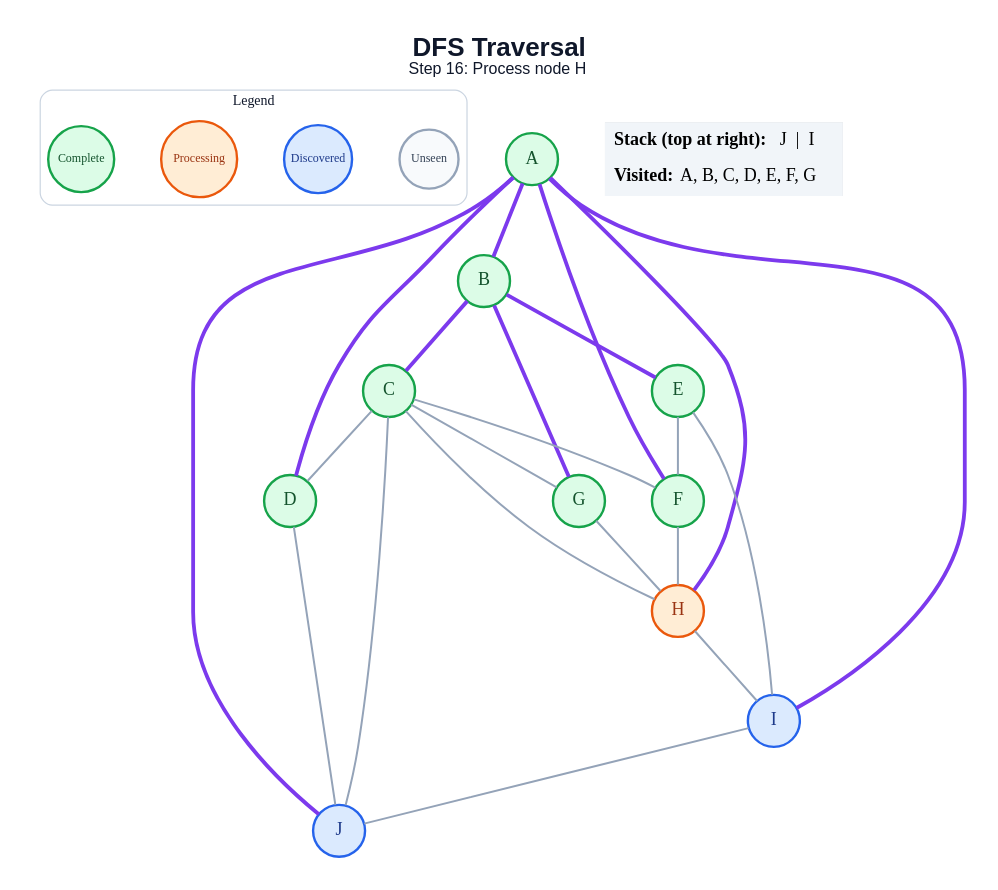
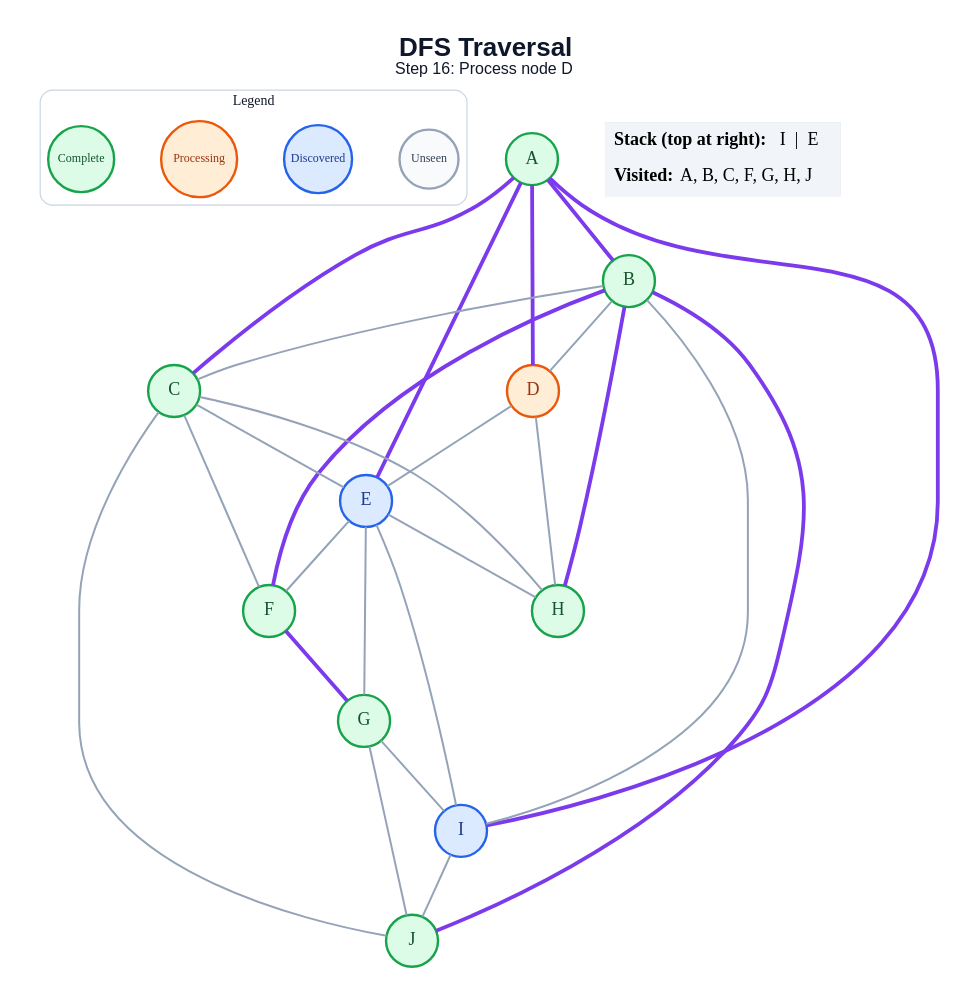
Before and after one commit to anon7238593-create/ai-slop: the diagram in generated/dfs/step_16.dot, drawn with Graphviz. The commit also changed 178 other files, not shown here.

```diff
--- a/generated/dfs/step_16.dot
+++ b/generated/dfs/step_16.dot
@@ -1,50 +1,54 @@
 graph traversal {
   graph [layout=dot, rankdir=TB, bgcolor="#FFFFFF", pad="0.35", nodesep="0.65", ranksep="0.8", fontname="Arial"];
   node [shape=circle, style="filled", fontname="Arial Bold", fontsize=18, width=0.72, fixedsize=true, penwidth=2.4];
   edge [color="#94A3B8", penwidth=2.0];
-  label=<<B>DFS Traversal</B><BR/><FONT POINT-SIZE="16">Step 16: Process node H</FONT>>; labelloc="t"; fontsize=26; fontname="Arial"; fontcolor="#0F172A";
+  label=<<B>DFS Traversal</B><BR/><FONT POINT-SIZE="16">Step 16: Process node D</FONT>>; labelloc="t"; fontsize=26; fontname="Arial"; fontcolor="#0F172A";
   subgraph cluster_legend { label="Legend"; color="#CBD5E1"; penwidth=1.2; style="rounded"; fontsize=14; fontname="Arial Bold";
     key_unseen [label="Unseen", fillcolor="#F8FAFC", color="#94A3B8", fontcolor="#334155", fontsize=12, width=0.82];
     key_frontier [label="Discovered", fillcolor="#DBEAFE", color="#2563EB", fontcolor="#1E3A8A", fontsize=12, width=0.95];
     key_current [label="Processing", fillcolor="#FFEDD5", color="#EA580C", fontcolor="#9A3412", fontsize=12, width=1.05];
     key_done [label="Complete", fillcolor="#DCFCE7", color="#16A34A", fontcolor="#14532D", fontsize=12, width=0.92];
     { rank=same; key_unseen; key_frontier; key_current; key_done; }
   }
   A [fillcolor="#DCFCE7", color="#16A34A", fontcolor="#14532D"];
   B [fillcolor="#DCFCE7", color="#16A34A", fontcolor="#14532D"];
   C [fillcolor="#DCFCE7", color="#16A34A", fontcolor="#14532D"];
-  D [fillcolor="#DCFCE7", color="#16A34A", fontcolor="#14532D"];
-  E [fillcolor="#DCFCE7", color="#16A34A", fontcolor="#14532D"];
+  D [fillcolor="#FFEDD5", color="#EA580C", fontcolor="#9A3412"];
+  E [fillcolor="#DBEAFE", color="#2563EB", fontcolor="#1E3A8A"];
   F [fillcolor="#DCFCE7", color="#16A34A", fontcolor="#14532D"];
   G [fillcolor="#DCFCE7", color="#16A34A", fontcolor="#14532D"];
-  H [fillcolor="#FFEDD5", color="#EA580C", fontcolor="#9A3412"];
+  H [fillcolor="#DCFCE7", color="#16A34A", fontcolor="#14532D"];
   I [fillcolor="#DBEAFE", color="#2563EB", fontcolor="#1E3A8A"];
-  J [fillcolor="#DBEAFE", color="#2563EB", fontcolor="#1E3A8A"];
+  J [fillcolor="#DCFCE7", color="#16A34A", fontcolor="#14532D"];
   A -- B [color="#7C3AED", penwidth=3.8];
+  A -- C [color="#7C3AED", penwidth=3.8];
   A -- D [color="#7C3AED", penwidth=3.8];
-  A -- F [color="#7C3AED", penwidth=3.8];
-  A -- H [color="#7C3AED", penwidth=3.8];
+  A -- E [color="#7C3AED", penwidth=3.8];
   A -- I [color="#7C3AED", penwidth=3.8];
-  A -- J [color="#7C3AED", penwidth=3.8];
-  B -- C [color="#7C3AED", penwidth=3.8];
-  B -- E [color="#7C3AED", penwidth=3.8];
-  B -- G [color="#7C3AED", penwidth=3.8];
-  C -- D;
+  B -- C;
+  B -- D;
+  B -- F [color="#7C3AED", penwidth=3.8];
+  B -- H [color="#7C3AED", penwidth=3.8];
+  B -- I;
+  B -- J [color="#7C3AED", penwidth=3.8];
+  C -- E;
   C -- F;
-  C -- G;
   C -- H;
   C -- J;
-  D -- J;
+  D -- E;
+  D -- H;
   E -- F;
+  E -- G;
+  E -- H;
   E -- I;
-  F -- H;
-  G -- H;
-  H -- I;
+  F -- G [color="#7C3AED", penwidth=3.8];
+  G -- I;
+  G -- J;
   I -- J;
   status [shape=plain, fixedsize=false, width=0, height=0, margin=0, label=<
     <TABLE BORDER="0" CELLBORDER="0" CELLPADDING="7" BGCOLOR="#F1F5F9">
-      <TR><TD ALIGN="LEFT"><B>Stack (top at right):</B> J  |  I</TD></TR>
-      <TR><TD ALIGN="LEFT"><B>Visited:</B> A, B, C, D, E, F, G</TD></TR>
+      <TR><TD ALIGN="LEFT"><B>Stack (top at right):</B> I  |  E</TD></TR>
+      <TR><TD ALIGN="LEFT"><B>Visited:</B> A, B, C, F, G, H, J</TD></TR>
     </TABLE>
   >];
 }
```
